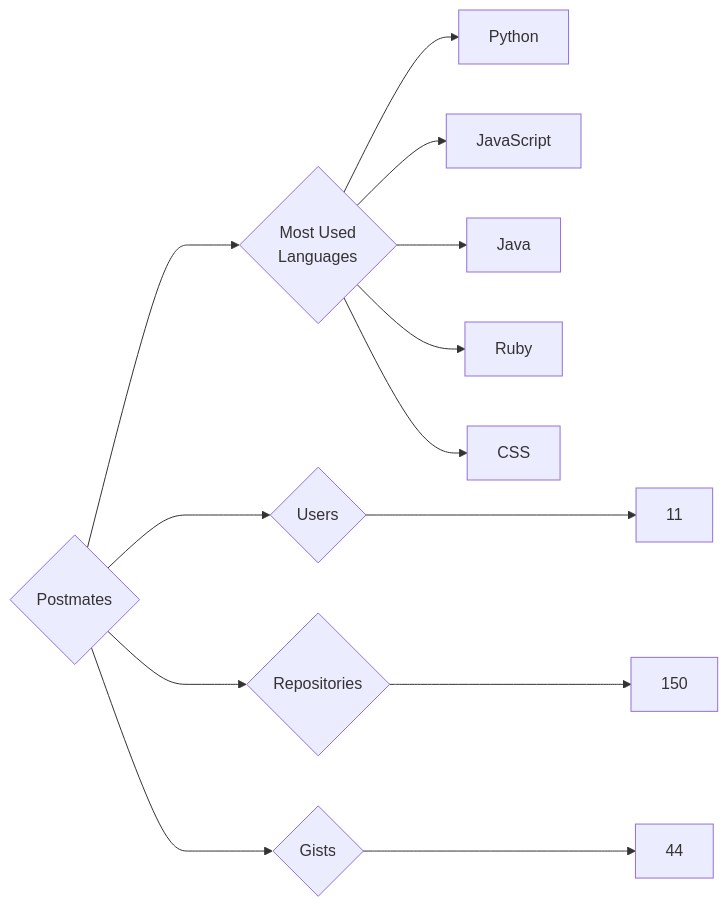
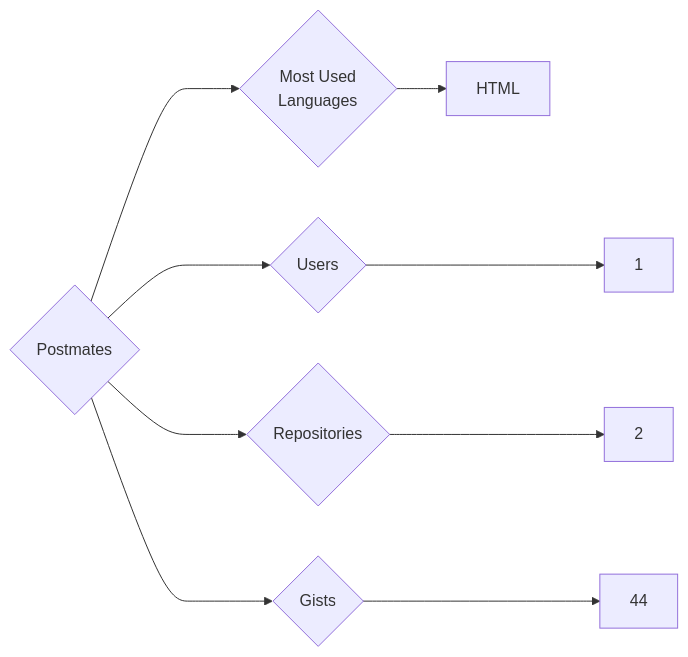
The diagram in targets/Postmates/README.md (trickest/insiders), drawn with Mermaid before and after one commit. The commit also changed 787 other files, not shown here.

````diff
--- a/targets/Postmates/README.md
+++ b/targets/Postmates/README.md
@@ -3,13 +3,9 @@
 ```mermaid
 graph LR
 COMPANY_NAME{Postmates}
-COMPANY_NAME ---> U{Users} ---> UN[11]
-COMPANY_NAME ---> R{Repositories} ---> RN[150]
+COMPANY_NAME ---> U{Users} ---> UN[1]
+COMPANY_NAME ---> R{Repositories} ---> RN[2]
 COMPANY_NAME ---> G{Gists} ---> GN[44]
 COMPANY_NAME ---> ML{Most Used<br>Languages}
-ML --> Python[Python]
-ML --> JavaScript[JavaScript]
-ML --> Java[Java]
-ML --> Ruby[Ruby]
-ML --> CSS[CSS]
+ML --> HTML[HTML]
 ```
````
